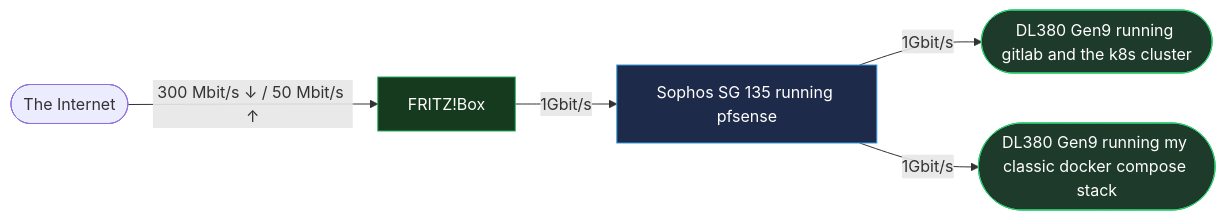
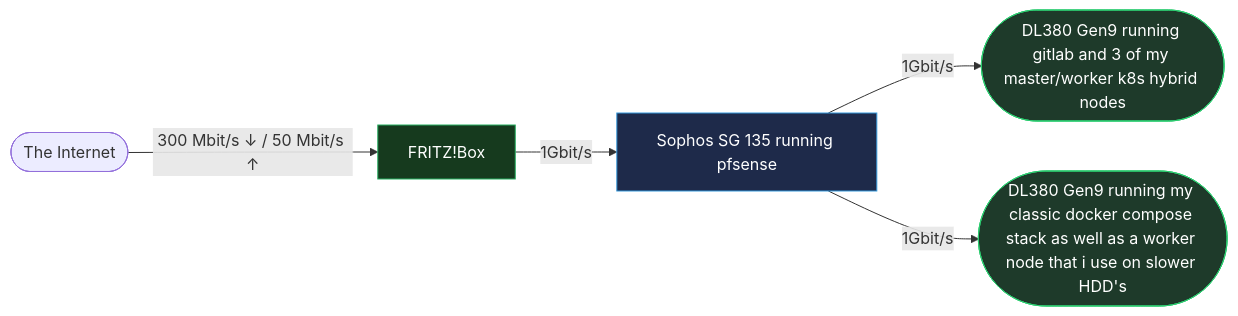
One commit to hupratt/kubespray changed the first of 2 diagrams in README.md. Above: the diagram before and after it, drawn with Mermaid. The commit also changed other lines of this file and 1 other file, not shown here.

````diff
--- a/README.md
+++ b/README.md
@@ -181,16 +182,16 @@
 ```mermaid
 flowchart LR
     classDef gateway fill:#163a1e,stroke:#27ae60,color:#fff
     classDef switch fill:#1e2a4a,stroke:#3498db,color:#fff
     classDef compute fill:#4a1e3a,stroke:#e74c3c,color:#fff
     classDef storage fill:#3a2a1e,stroke:#f39c12,color:#fff
     classDef ap fill:#1e3a2a,stroke:#2ecc71,color:#fff
 
     Internet(["The Internet"])
 
     Internet -- "300 Mbit/s ↓ / 50 Mbit/s ↑" --> UCG["FRITZ!Box"]:::gateway
     UCG -- 1Gbit/s --> FLEX["Sophos SG 135 running pfsense"]:::switch
 
-    FLEX -- 1Gbit/s --> HP-BOLT(["DL380 Gen9 running gitlab and the k8s cluster"]):::ap
-    FLEX -- 1Gbit/s --> HP-GREEN(["DL380 Gen9 running my classic docker compose stack"]):::ap
+    FLEX -- 1Gbit/s --> HP-BOLT(["DL380 Gen9 running gitlab and 3 of my master/worker k8s hybrid nodes"]):::ap
+    FLEX -- 1Gbit/s --> HP-GREEN(["DL380 Gen9 running my classic docker compose stack as well as a worker node that i use on slower HDD's"]):::ap
 ```
````
